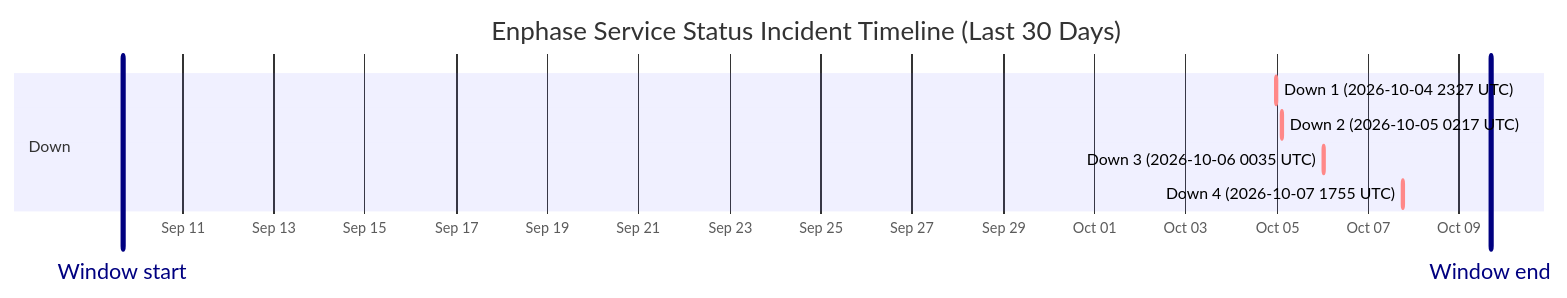
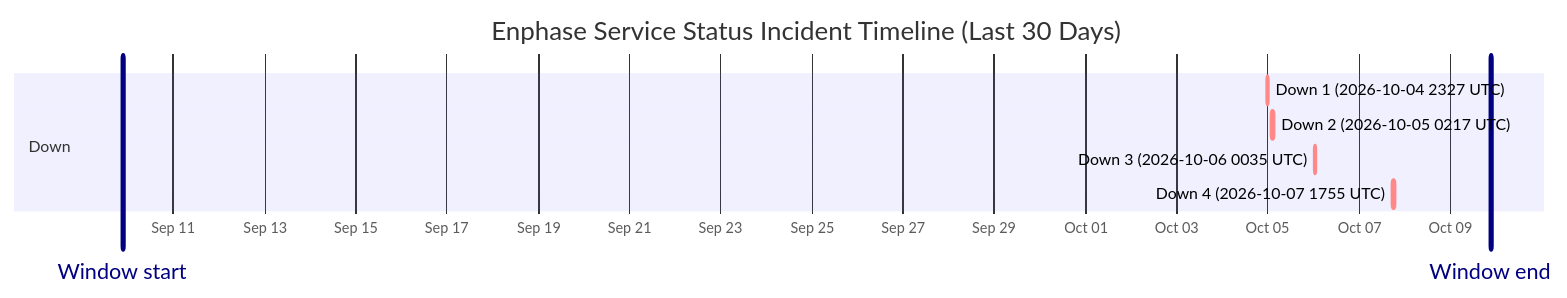
One commit to barneyonline/ha-enphase-energy changed the diagram in wiki/Service-Status-History.md. Above: the diagram before and after it, drawn with Mermaid. The commit also changed other lines of this file and 3 other files, not shown here.

````diff
--- a/wiki/Service-Status-History.md
+++ b/wiki/Service-Status-History.md
@@ -14,13 +14,13 @@
 ```mermaid
 gantt
     title Enphase Service Status Incident Timeline (Last 30 Days)
     dateFormat  YYYY-MM-DDTHH:mm:ss
     axisFormat  %b %d
-    Window start :vert, window-start, 2026-09-09T16:26:36, 0ms
-    Window end :vert, window-end, 2026-10-09T16:26:36, 0ms
+    Window start :vert, window-start, 2026-09-09T21:07:33, 0ms
+    Window end :vert, window-end, 2026-10-09T21:07:33, 0ms
     section Down
     Down 1 (2026-10-04 2327 UTC) :crit, down-1, 2026-10-04T23:27:34, 60m
     Down 2 (2026-10-05 0217 UTC) :crit, down-2, 2026-10-05T02:17:30, 60m
     Down 3 (2026-10-06 0035 UTC) :crit, down-3, 2026-10-06T00:35:21, 60m
     Down 4 (2026-10-07 1755 UTC) :crit, down-4, 2026-10-07T17:55:16, 60m
 ```
````
